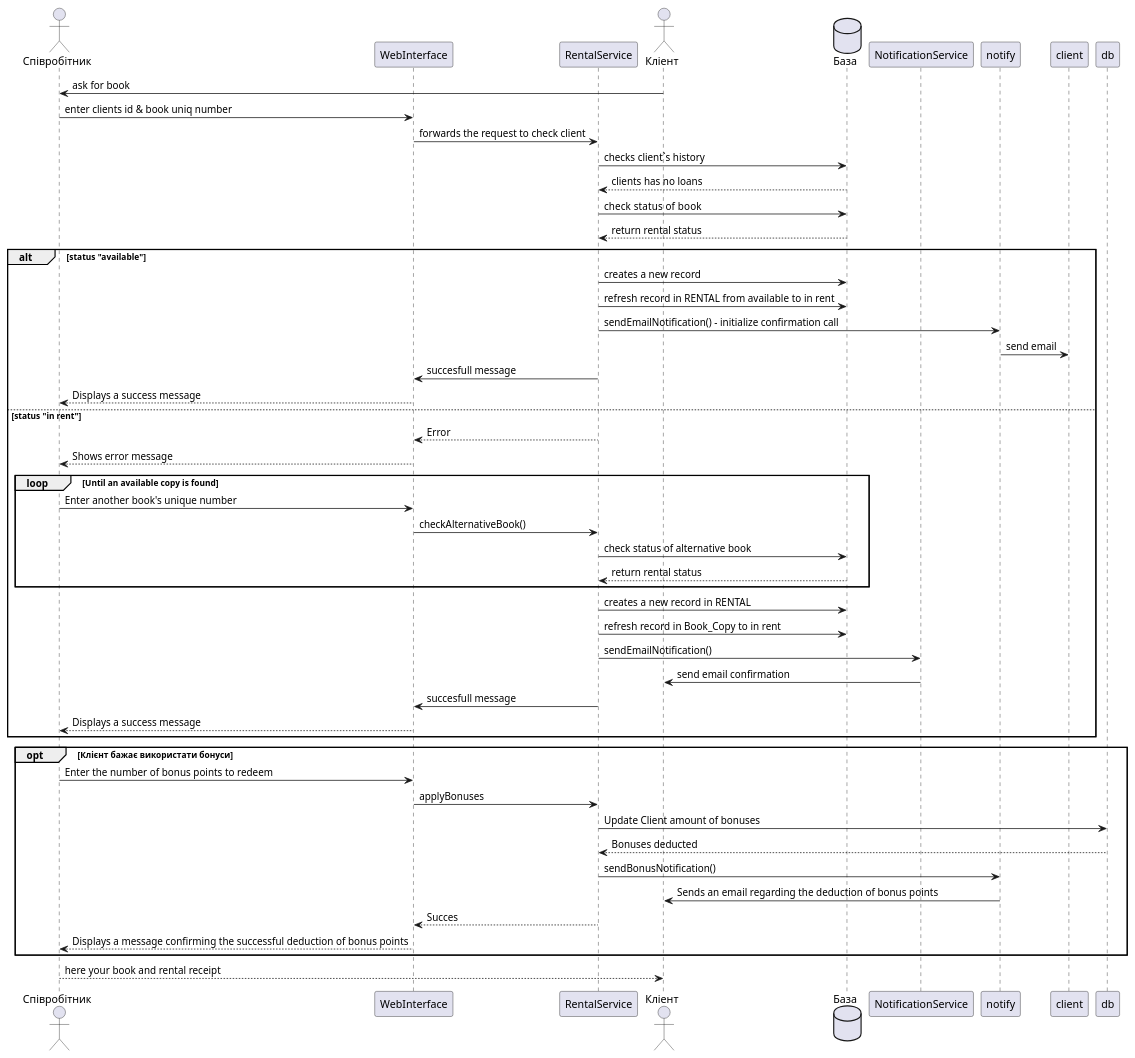
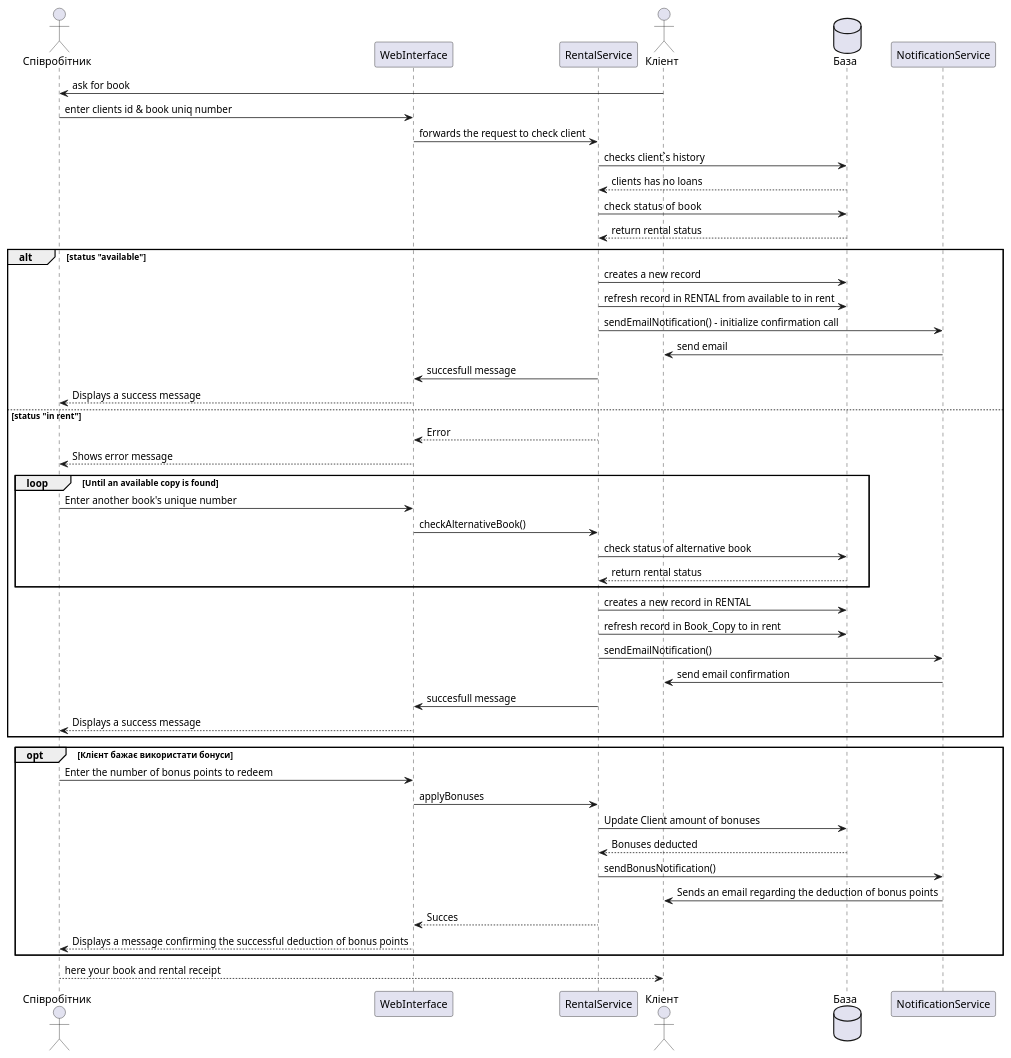
One commit to sofiakiosova37-boop/bookshop_kpi2 changed the first of 2 diagrams in task3/sequence.puml. Above: the diagram before and after it, drawn with PlantUML.

Commit message:
minor issues with typo corrected

```diff
--- a/task3/sequence.puml
+++ b/task3/sequence.puml
@@ -2,57 +2,57 @@
 @startuml
 actor Співробітник as staff 
 participant WebInterface as ui
 participant RentalService as service
 actor Кліент as cus
 database База as DB
-participant NotificationService as notif
+participant NotificationService as notify
 
 cus -> staff: ask for book 
 staff -> ui: enter clients id & book uniq number
 ui -> service: forwards the request to check client
 service -> DB: checks client`s history 
 service <-- DB: clients has no loans
 service -> DB: check status of  book
 service <-- DB: return rental status 
 
 alt status "available"
     service -> DB: creates a new record
     service -> DB: refresh record in RENTAL from available to in rent
     service -> notify: sendEmailNotification() - initialize confirmation call
-    notify -> client: send email
+    notify -> cus: send email
     ui <- service: succesfull message
     staff <-- ui: Displays a success message
 
 else status "in rent"
     ui <-- service: Error
     staff <-- ui: Shows errоr message 
 
     loop Until an available copy is found
         staff -> ui: Enter another book's unique number
         ui -> service: checkAlternativeBook()
         service -> DB: check status of alternative book
         service <-- DB: return rental status
     end loop
 
     service -> DB: creates a new record in RENTAL
     service -> DB: refresh record in Book_Copy to in rent
-    service -> notif: sendEmailNotification()
-    notif -> cus: send email confirmation
+    service -> notify: sendEmailNotification()
+    notify -> cus: send email confirmation
     ui <- service: succesfull message
     staff <-- ui: Displays a success message
 end alt
 
 opt Клієнт бажає використати бонуси
     staff -> ui: Enter the number of bonus points to redeem
     ui -> service: applyBonuses
-    service -> db: Update Client amount of bonuses
-    service <-- db: Bonuses deducted
+    service -> DB: Update Client amount of bonuses
+    service <-- DB: Bonuses deducted
     service -> notify: sendBonusNotification()
     notify -> cus: Sends an email regarding the deduction of bonus points
     ui <-- service: Succes
     staff <-- ui: Displays a message confirming the successful deduction of bonus points
 end opt
 
 cus <-- staff: here your book and rental receipt
 
 @enduml
```
